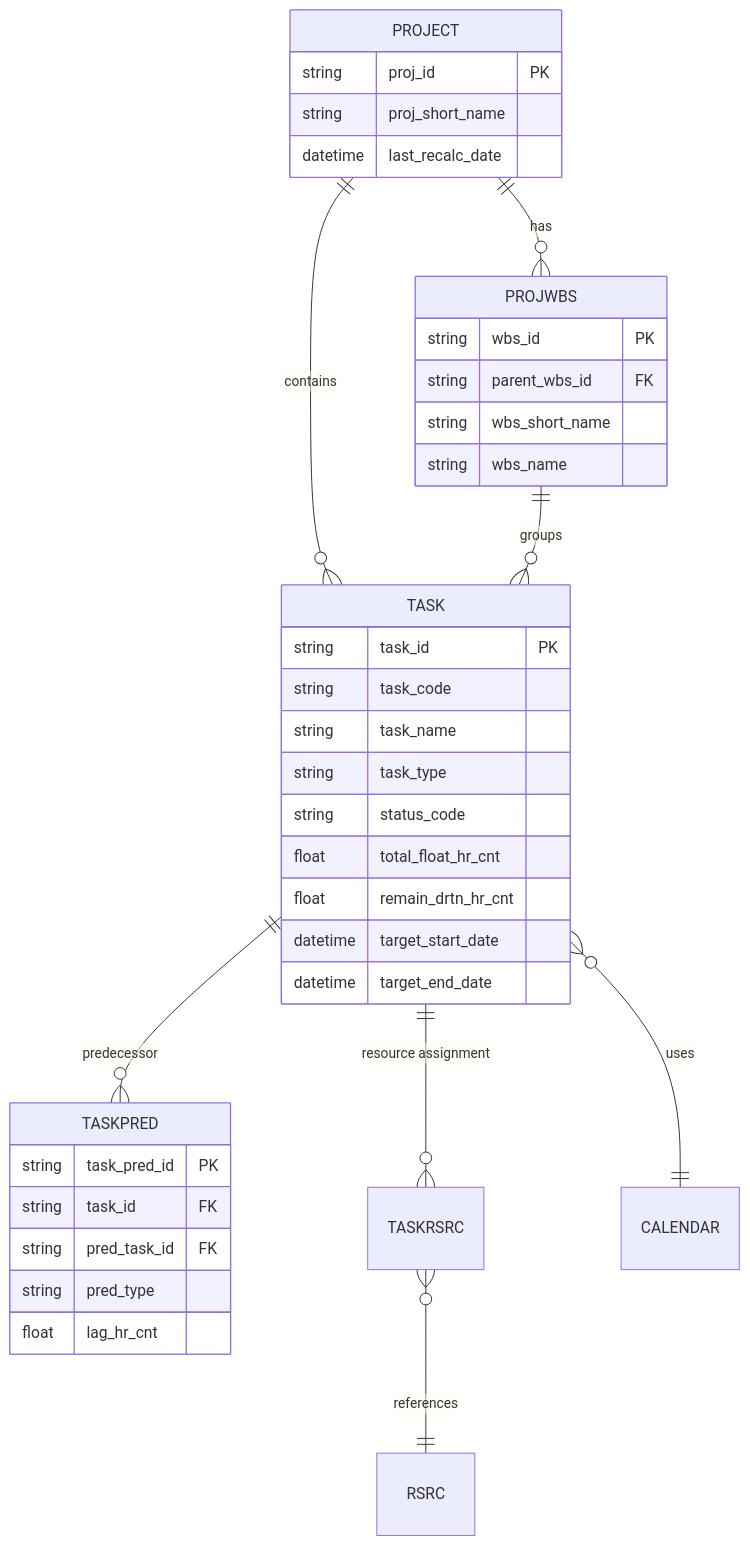
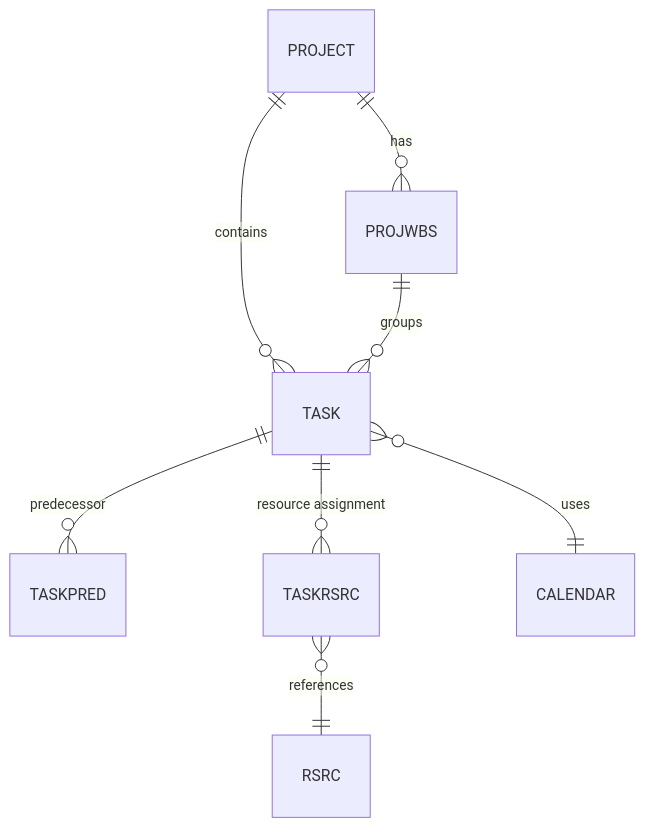
Before and after one commit to VitorMRodovalho/meridianiq: the seventh of 8 diagrams in docs/architecture.md, drawn with Mermaid. The commit also changed other lines of this file, not shown here.

First line of the commit message:
docs: refresh architecture.md for v3.6.0 state

````diff
--- a/docs/architecture.md
+++ b/docs/architecture.md
@@ -317,43 +258,10 @@
 ```mermaid
 erDiagram
     PROJECT ||--o{ PROJWBS : "has"
     PROJECT ||--o{ TASK : "contains"
     PROJWBS ||--o{ TASK : "groups"
     TASK ||--o{ TASKPRED : "predecessor"
     TASK ||--o{ TASKRSRC : "resource assignment"
     TASK }o--|| CALENDAR : "uses"
     TASKRSRC }o--|| RSRC : "references"
-
-    PROJECT {
-        string proj_id PK
-        string proj_short_name
-        datetime last_recalc_date
-    }
-
-    PROJWBS {
-        string wbs_id PK
-        string parent_wbs_id FK
-        string wbs_short_name
-        string wbs_name
-    }
-
-    TASK {
-        string task_id PK
-        string task_code
-        string task_name
-        string task_type
-        string status_code
-        float total_float_hr_cnt
-        float remain_drtn_hr_cnt
-        datetime target_start_date
-        datetime target_end_date
-    }
-
-    TASKPRED {
-        string task_pred_id PK
-        string task_id FK
-        string pred_task_id FK
-        string pred_type
-        float lag_hr_cnt
-    }
 ```
````
